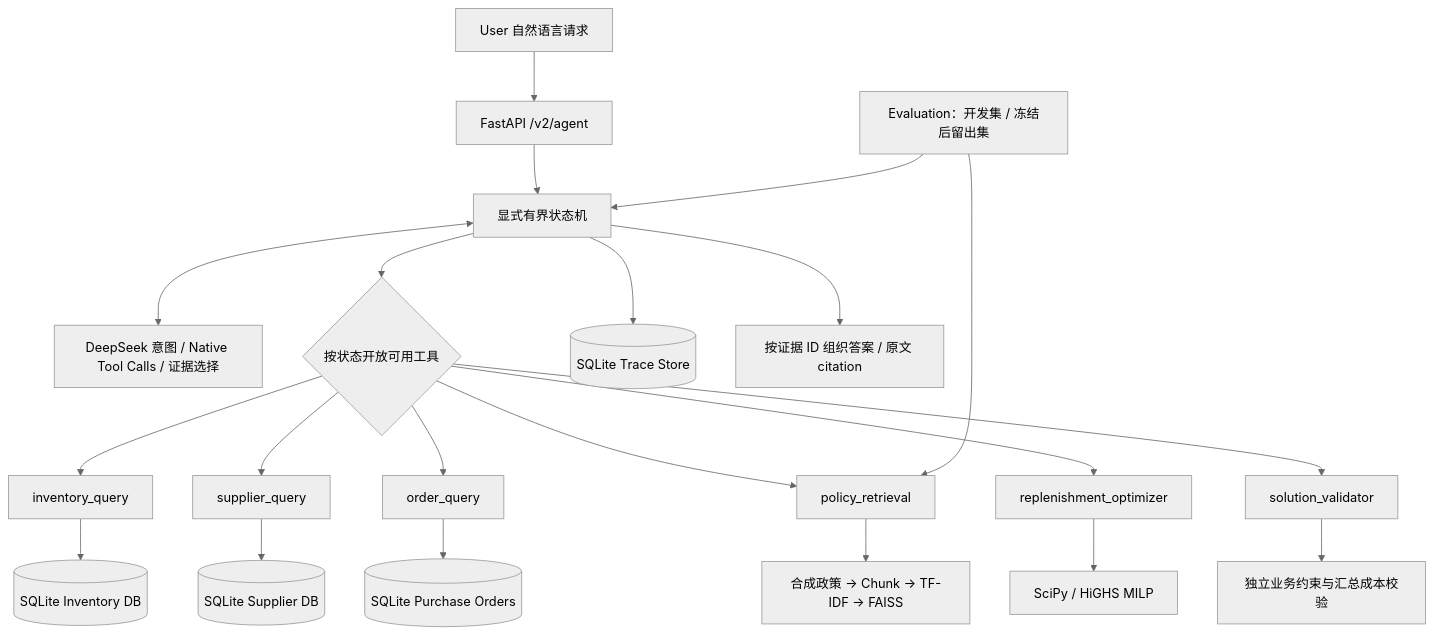
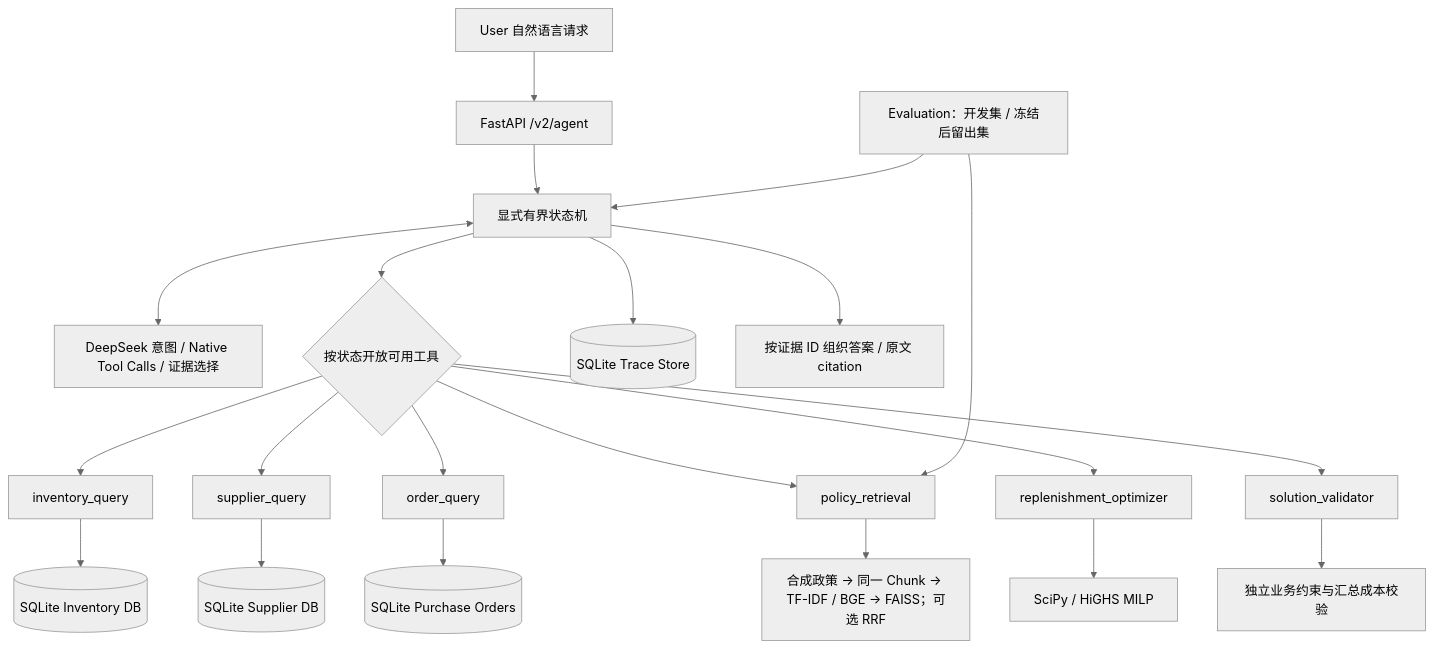
Before and after one commit to liunan09-ops/llm4or-supplychain-agent-public: the diagram in README.md, drawn with Mermaid (neutral theme). The commit also changed other lines of this file and 45 other files, not shown here.

````diff
--- a/README.md
+++ b/README.md
@@ -29,23 +32,23 @@
 ```mermaid
 flowchart TD
   User["User 自然语言请求"] --> API["FastAPI /v2/agent"]
   API --> Agent["显式有界状态机"]
   Agent <--> LLM["DeepSeek 意图 / Native Tool Calls / 证据选择"]
   Agent --> Route{"按状态开放可用工具"}
   Route --> Inventory["inventory_query"]
   Route --> Supplier["supplier_query"]
   Route --> Orders["order_query"]
   Route --> RAG["policy_retrieval"]
   Route --> OR["replenishment_optimizer"]
   Route --> Validator["solution_validator"]
   Inventory --> IDB[("SQLite Inventory DB")]
   Supplier --> SDB[("SQLite Supplier DB")]
   Orders --> ODB[("SQLite Purchase Orders")]
-  RAG --> Policy["合成政策 → Chunk → TF-IDF → FAISS"]
+  RAG --> Policy["合成政策 → 同一 Chunk → TF-IDF / BGE → FAISS；可选 RRF"]
   OR --> Solver["SciPy / HiGHS MILP"]
   Validator --> Check["独立业务约束与汇总成本校验"]
   Agent --> Trace[("SQLite Trace Store")]
   Agent --> Answer["按证据 ID 组织答案 / 原文 citation"]
   Eval["Evaluation：开发集 / 冻结后留出集"] --> Agent
   Eval --> RAG
 ```
````
